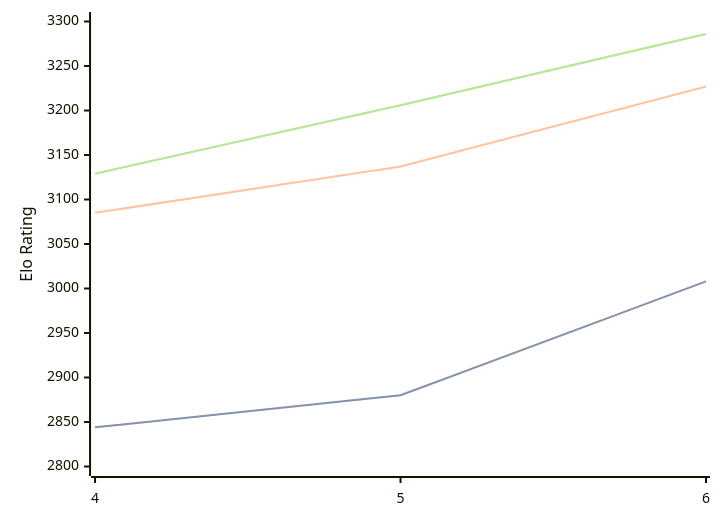
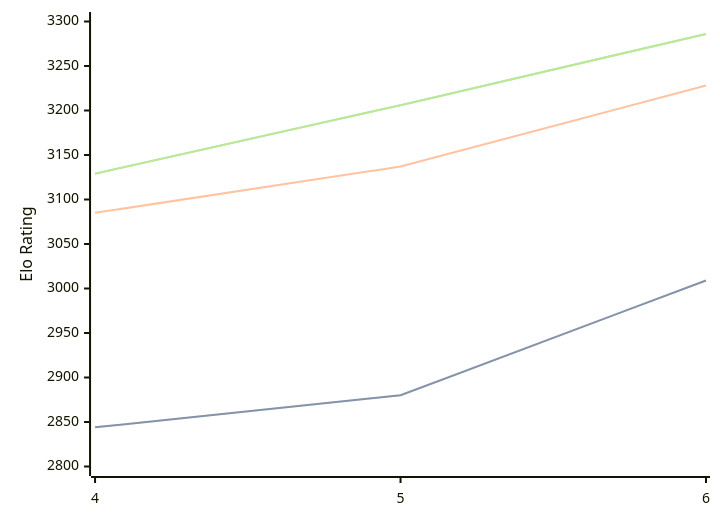
Before and after one commit to computer-chess-index/cci: the diagram in engines/Cwtch.md, drawn with Mermaid. The commit also changed other lines of this file, not shown here.

````diff
--- a/engines/Cwtch.md
+++ b/engines/Cwtch.md
@@ -34,11 +34,11 @@
 ```mermaid
 %%{init: {"theme":"base","themeVariables":{"seriesColors:['#a3a3a3','#222221','#faa371']}}}%%
 xychart-beta
   x-axis ["4", "5", "6"]
   y-axis "Elo Rating" 2800 --> 3300
-  line "STC (8.0+0.08s)" [2844, 2880, 3008]
-  line "STC (8.0+0.08s)" [2844, 2880, 3008]
-  line "LTC (60.0+0.60s)" [3085, 3137, 3227]
+  line "STC (8.0+0.08s)" [2844, 2880, 3009]
+  line "STC (8.0+0.08s)" [2844, 2880, 3009]
+  line "LTC (60.0+0.60s)" [3085, 3137, 3228]
   line "VLTC (2m24s+1.12s)" [3129, 3206, 3286]
   line "VLTC (2m24s+1.12s)" [3129, 3206, 3286]
 ```
````
